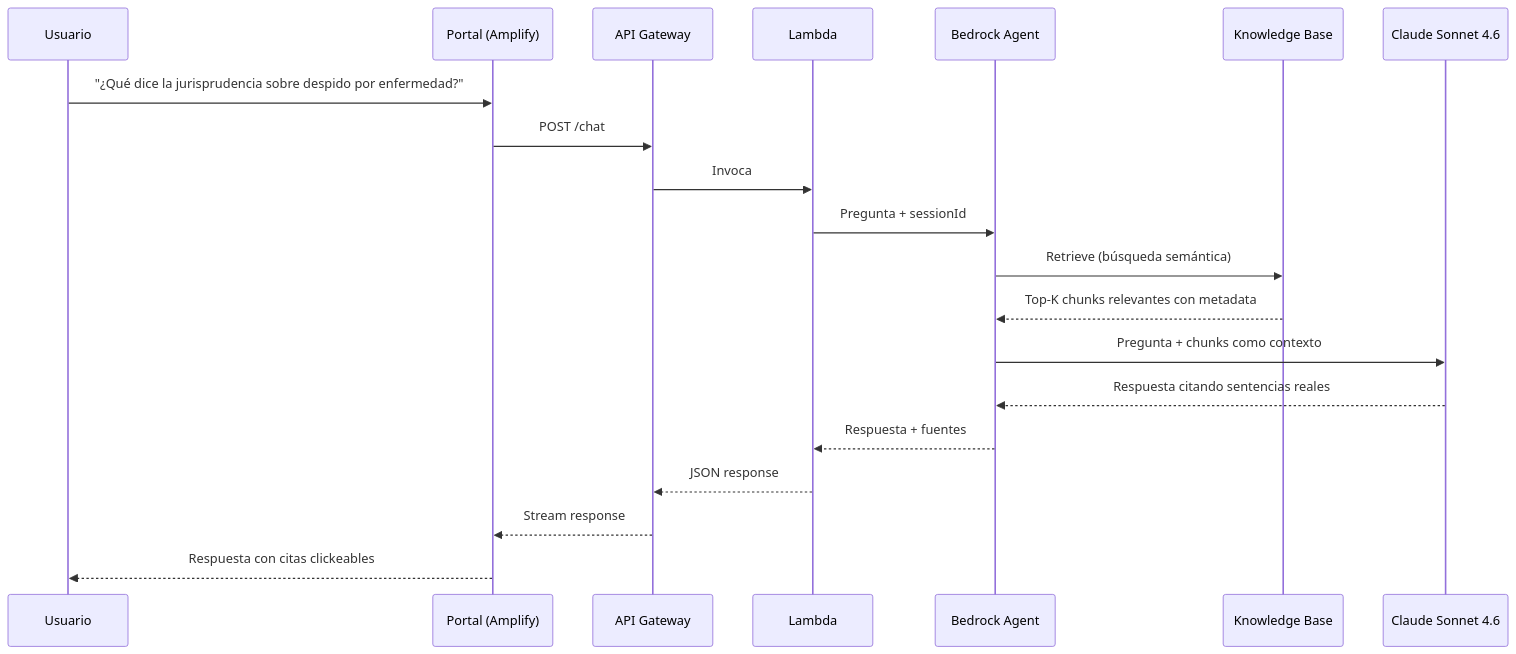
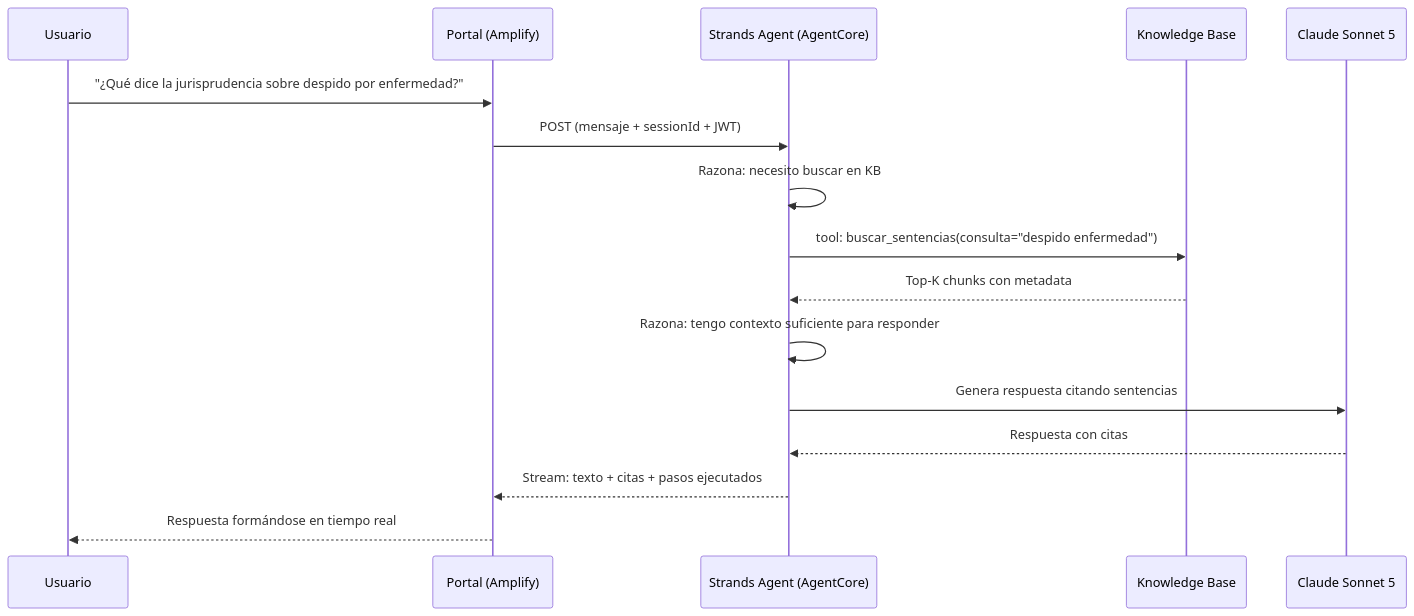
One commit to Poder-Judicial-de-Mendoza/juris-mza changed the third of 4 diagrams in .kiro/specs/jurisprudencia-mendoza-aws/design.md. Above: the diagram before and after it, drawn with Mermaid. The commit also changed other lines of this file and 16 other files, not shown here.

Commit message:
mejorando con harness para agentes y planeando mejor con powers

````diff
--- a/.kiro/specs/jurisprudencia-mendoza-aws/design.md
+++ b/.kiro/specs/jurisprudencia-mendoza-aws/design.md
@@ -105,23 +91,19 @@
 ```mermaid
 sequenceDiagram
     participant U as Usuario
     participant P as Portal (Amplify)
-    participant API as API Gateway
-    participant L as Lambda
-    participant AG as Bedrock Agent
+    participant AG as Strands Agent (AgentCore)
     participant KB as Knowledge Base
-    participant C as Claude Sonnet 4.6
+    participant C as Claude Sonnet 5
 
     U->>P: "¿Qué dice la jurisprudencia sobre despido por enfermedad?"
-    P->>API: POST /chat
-    API->>L: Invoca
-    L->>AG: Pregunta + sessionId
-    AG->>KB: Retrieve (búsqueda semántica)
-    KB-->>AG: Top-K chunks relevantes con metadata
-    AG->>C: Pregunta + chunks como contexto
-    C-->>AG: Respuesta citando sentencias reales
-    AG-->>L: Respuesta + fuentes
-    L-->>API: JSON response
-    API-->>P: Stream response
-    P-->>U: Respuesta con citas clickeables
+    P->>AG: POST (mensaje + sessionId + JWT)
+    AG->>AG: Razona: necesito buscar en KB
+    AG->>KB: tool: buscar_sentencias(consulta="despido enfermedad")
+    KB-->>AG: Top-K chunks con metadata
+    AG->>AG: Razona: tengo contexto suficiente para responder
+    AG->>C: Genera respuesta citando sentencias
+    C-->>AG: Respuesta con citas
+    AG-->>P: Stream: texto + citas + pasos ejecutados
+    P-->>U: Respuesta formándose en tiempo real
 ```
````
